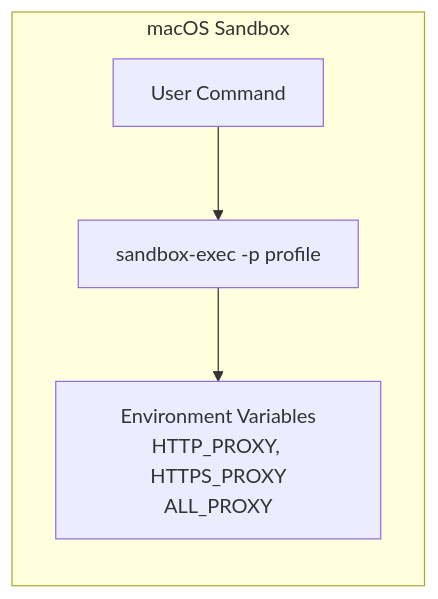
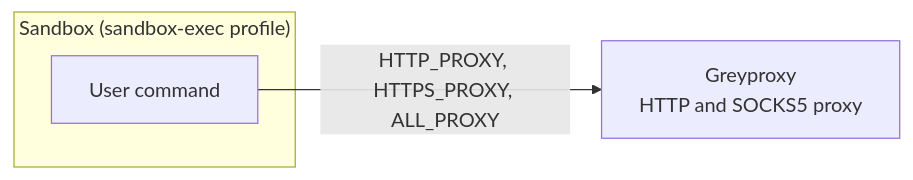
The second of 2 diagrams in docs/greywall/architecture.md (GreyhavenHQ/docs), drawn with Mermaid before and after one commit. The commit also changed other lines of this file and 4 other files, not shown here.

````diff
--- a/docs/greywall/architecture.md
+++ b/docs/greywall/architecture.md
@@ -87,10 +49,10 @@
 ```mermaid
 flowchart LR
-    subgraph macOS Sandbox
-        CMD["User Command"]
-        SE["sandbox-exec -p profile"]
-        ENV["Environment Variables<br/>HTTP_PROXY, HTTPS_PROXY<br/>ALL_PROXY"]
+    subgraph Sandbox["Sandbox (sandbox-exec profile)"]
+        CMD["User command"]
     end
-    CMD --> SE
-    SE --> ENV
+
+    Greyproxy["Greyproxy<br/>HTTP and SOCKS5 proxy"]
+
+    CMD -->|HTTP_PROXY, HTTPS_PROXY, ALL_PROXY| Greyproxy
 ```
````
